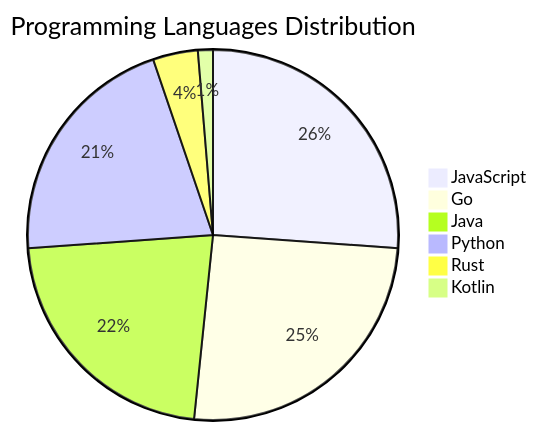
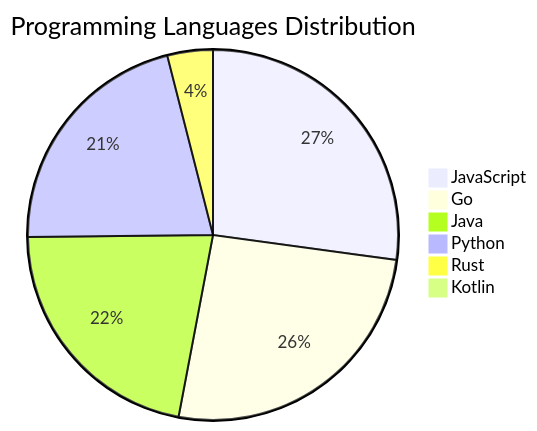
The diagram in README.md (Derrick-MUGISHA/github-activity-bot), drawn with Mermaid before and after one commit. The commit also changed other lines of this file and 4 other files, not shown here.

````diff
--- a/README.md
+++ b/README.md
@@ -206,9 +206,9 @@
 ```mermaid
 pie title Programming Languages Distribution
-    "JavaScript" : 40
+    "JavaScript" : 41
     "Go" : 39
-    "Java" : 34
+    "Java" : 33
     "Python" : 32
     "Rust" : 6
-    "Kotlin" : 2
+    "Kotlin" : 1
 ```
````
